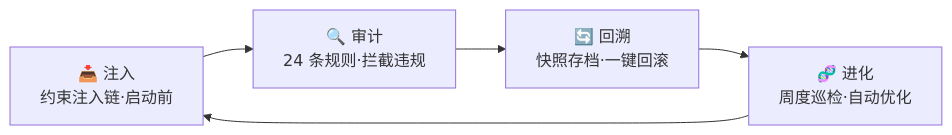
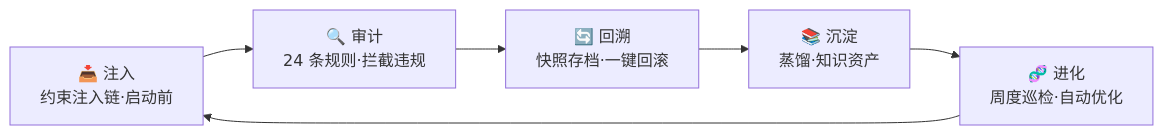
Before and after one commit to KongFangXun/sofagent: the sixth of 10 diagrams in docs/ARCHITECTURE.md, drawn with Mermaid. The commit also changed other lines of this file and 389 other files, not shown here.

````diff
--- a/docs/ARCHITECTURE.md
+++ b/docs/ARCHITECTURE.md
@@ -343,7 +347,8 @@
 ```mermaid
 graph LR
     A["📥 注入<br/>约束注入链·启动前"] --> B["🔍 审计<br/>24 条规则·拦截违规"]
     B --> C["🔄 回溯<br/>快照存档·一键回滚"]
-    C --> D["🧬 进化<br/>周度巡检·自动优化"]
-    D --> A
+    C --> D["📚 沉淀<br/>蒸馏·知识资产"]
+    D --> E["🧬 进化<br/>周度巡检·自动优化"]
+    E --> A
 ```
````
